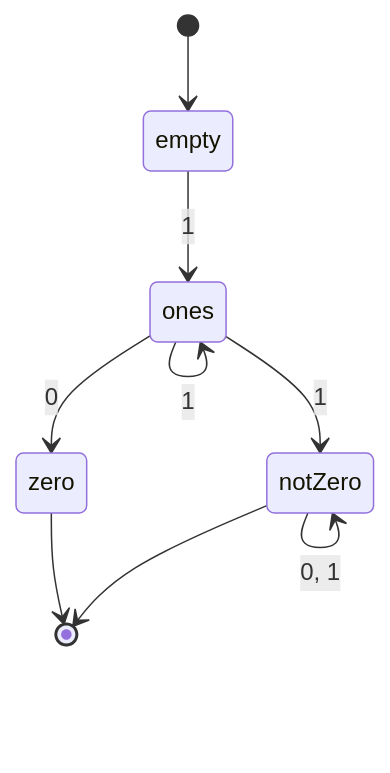
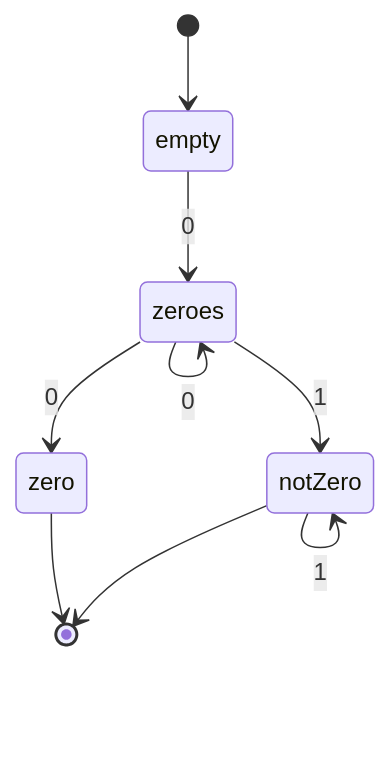
Diagram 24 of 42 in _posts/2019-09-21-recognizing-myself.md (raganwald/raganwald.github.com), drawn with Mermaid before and after one commit. The commit also changed other lines of this file, not shown here.

```diff
--- a/_posts/2019-09-21-recognizing-myself.md
+++ b/_posts/2019-09-21-recognizing-myself.md
@@ -1311,11 +1315,12 @@
 <div class="mermaid">
   stateDiagram
     [*]-->empty
-    empty-->ones : 1
-    ones-->zero : 0
-    ones-->ones : 1
-    ones-->notZero : 1
-    notZero --> notZero : 0, 1
-    zero --> [*]
-    notZero --> [*]
+    empty-->zeroes : 0
+    zeroes-->zeroes : 0
+    zeroes-->zero : 0
+    zeroes-->notZero : 1
+    notZero-->notZero : 0
+    notZero-->notZero : 1
+    zero-->[*]
+    notZero-->[*]
 </div>
```
